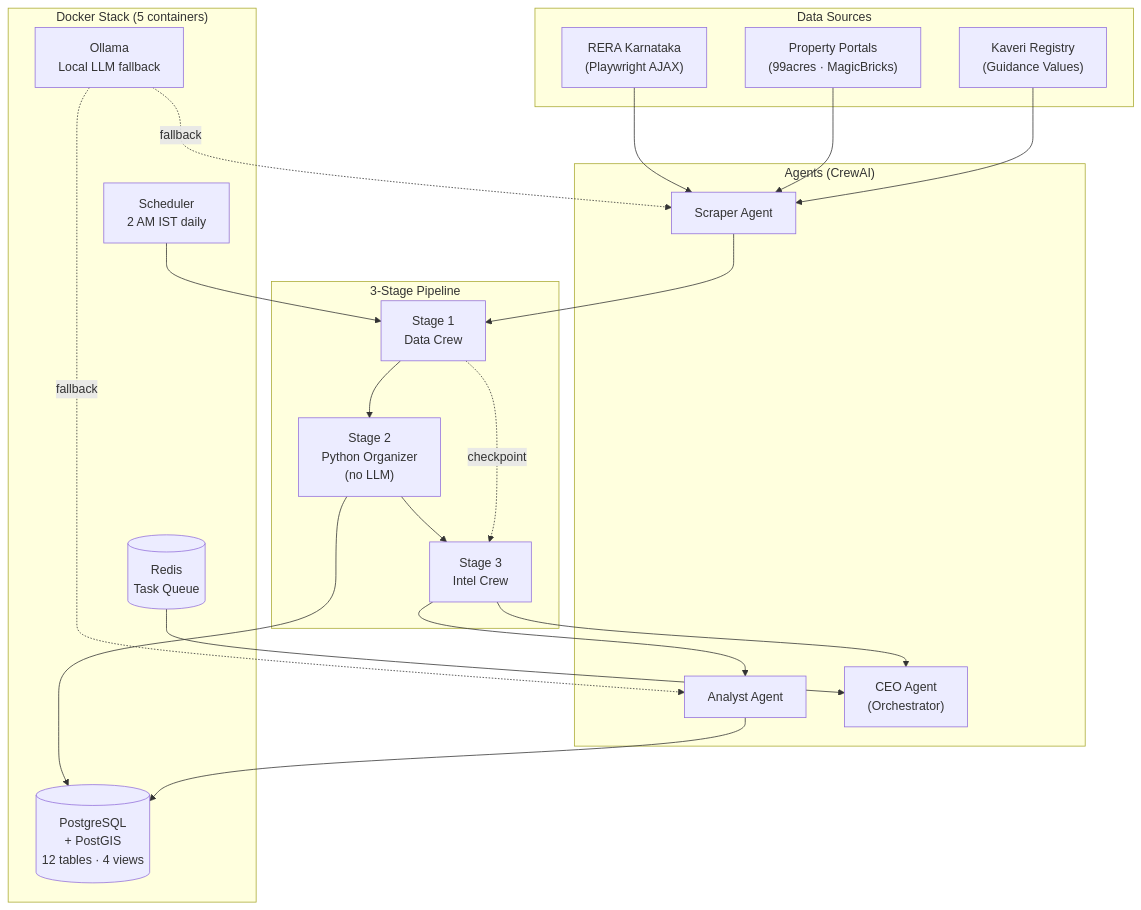
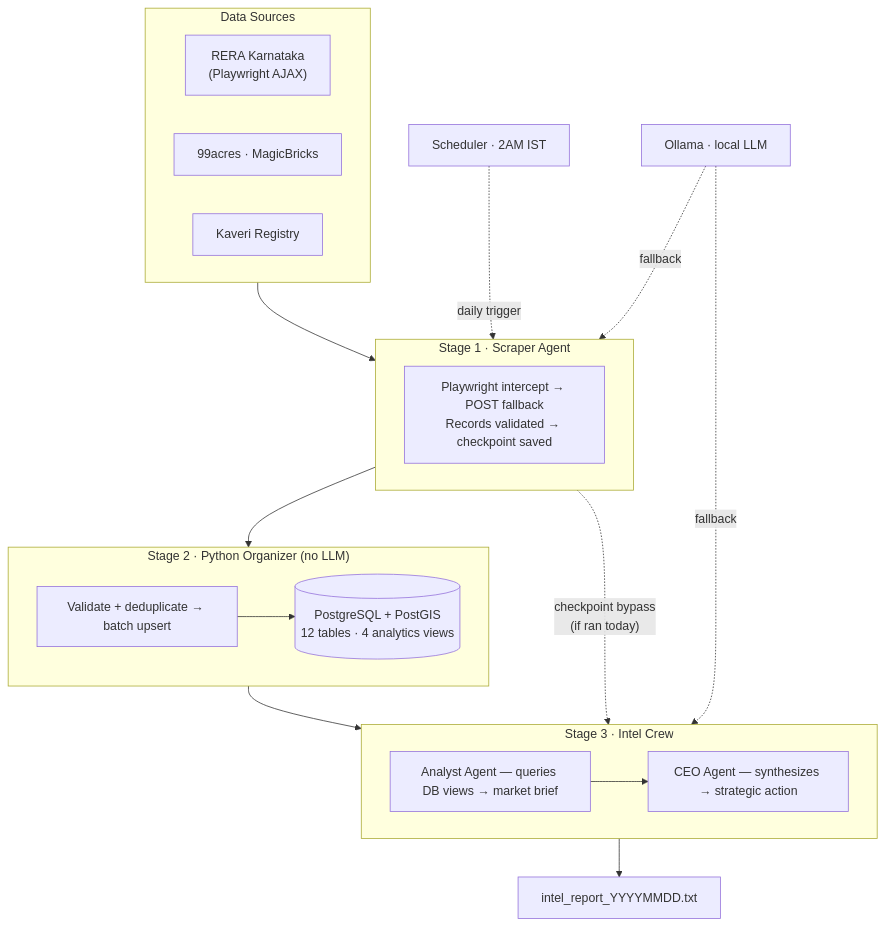
The diagram in README.md (jinujon007/RE_OS), drawn with Mermaid before and after one commit. The commit also changed other lines of this file and 2 other files, not shown here.

First line of the commit message:
fix: README, CI, and linting config — post-review hardening

````diff
--- a/README.md
+++ b/README.md
@@ -46,37 +96,35 @@
 ```mermaid
-graph TB
-    subgraph Input["Data Sources"]
+flowchart TB
+    subgraph Sources["Data Sources"]
         RERA["RERA Karnataka\n(Playwright AJAX)"]
-        PORT["Property Portals\n(99acres · MagicBricks)"]
-        KAV["Kaveri Registry\n(Guidance Values)"]
+        PORT["99acres · MagicBricks"]
+        KAV["Kaveri Registry"]
     end
 
-    subgraph Pipeline["3-Stage Pipeline"]
-        S1["Stage 1\nData Crew"]
-        S2["Stage 2\nPython Organizer\n(no LLM)"]
-        S3["Stage 3\nIntel Crew"]
+    subgraph Stage1["Stage 1 · Scraper Agent"]
+        SCR["Playwright intercept → POST fallback\nRecords validated → checkpoint saved"]
     end
 
-    subgraph Agents["Agents (CrewAI)"]
-        SCR["Scraper Agent"]
-        ANA["Analyst Agent"]
-        CEO["CEO Agent\n(Orchestrator)"]
+    subgraph Stage2["Stage 2 · Python Organizer  (no LLM)"]
+        ORG["Validate + deduplicate → batch upsert"]
+        DB[("PostgreSQL + PostGIS\n12 tables · 4 analytics views")]
+        ORG --> DB
     end
 
-    subgraph Stack["Docker Stack (5 containers)"]
-        DB[("PostgreSQL\n+ PostGIS\n12 tables · 4 views")]
-        REDIS[("Redis\nTask Queue")]
-        OLLAMA["Ollama\nLocal LLM fallback"]
-        SCHED["Scheduler\n2 AM IST daily"]
+    subgraph Stage3["Stage 3 · Intel Crew"]
+        ANA["Analyst Agent — queries DB views → market brief"]
+        CEO["CEO Agent — synthesizes → strategic action"]
+        ANA --> CEO
     end
 
-    RERA & PORT & KAV --> SCR
-    SCR --> S1 --> S2 --> S3
-    S1 -. checkpoint .-> S3
-    S2 --> DB
-    S3 --> ANA --> DB
-    S3 --> CEO
-    SCHED --> S1
-    REDIS --> CEO
-    OLLAMA -. fallback .-> SCR & ANA
+    OUT["intel_report_YYYYMMDD.txt"]
+
+    Sources --> Stage1
+    Stage1 --> Stage2
+    Stage2 --> Stage3
+    Stage3 --> OUT
+
+    SCHED["Scheduler · 2AM IST"] -. daily trigger .-> Stage1
+    Stage1 -. "checkpoint bypass\n(if ran today)" .-> Stage3
+    OLLAMA["Ollama · local LLM"] -. fallback .-> Stage1 & Stage3
 ```
````
